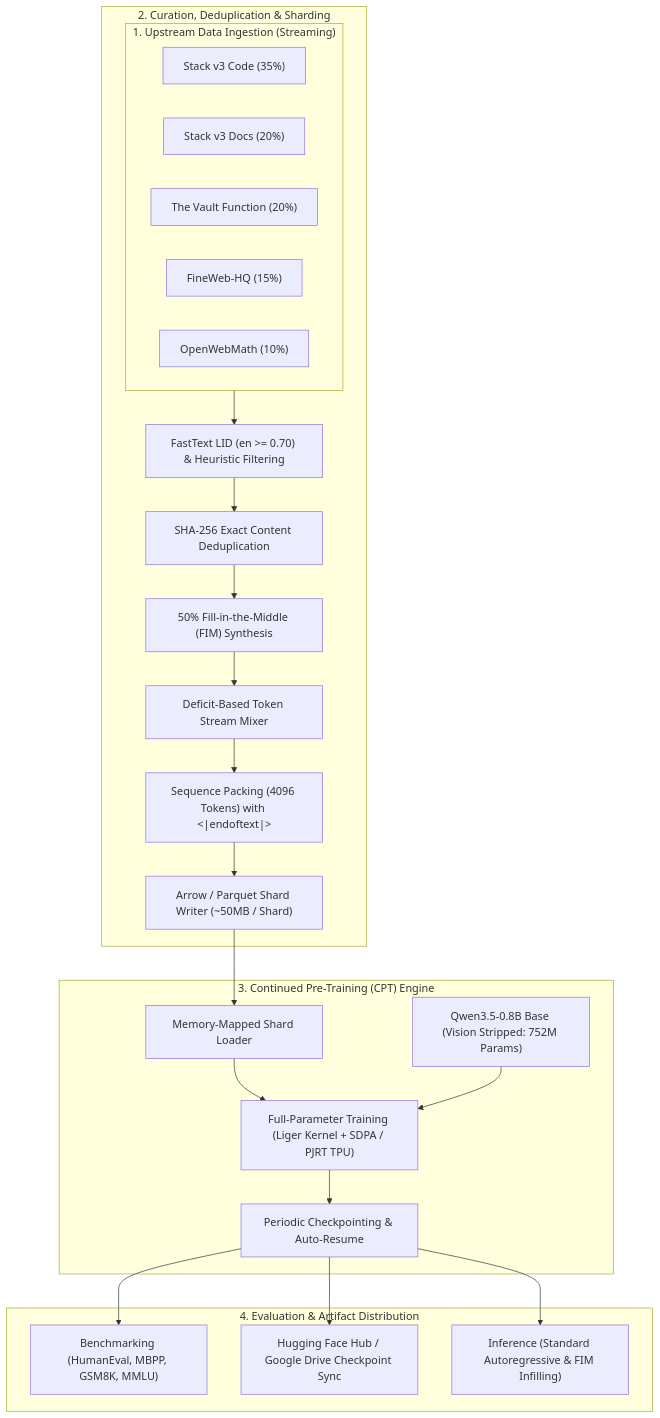
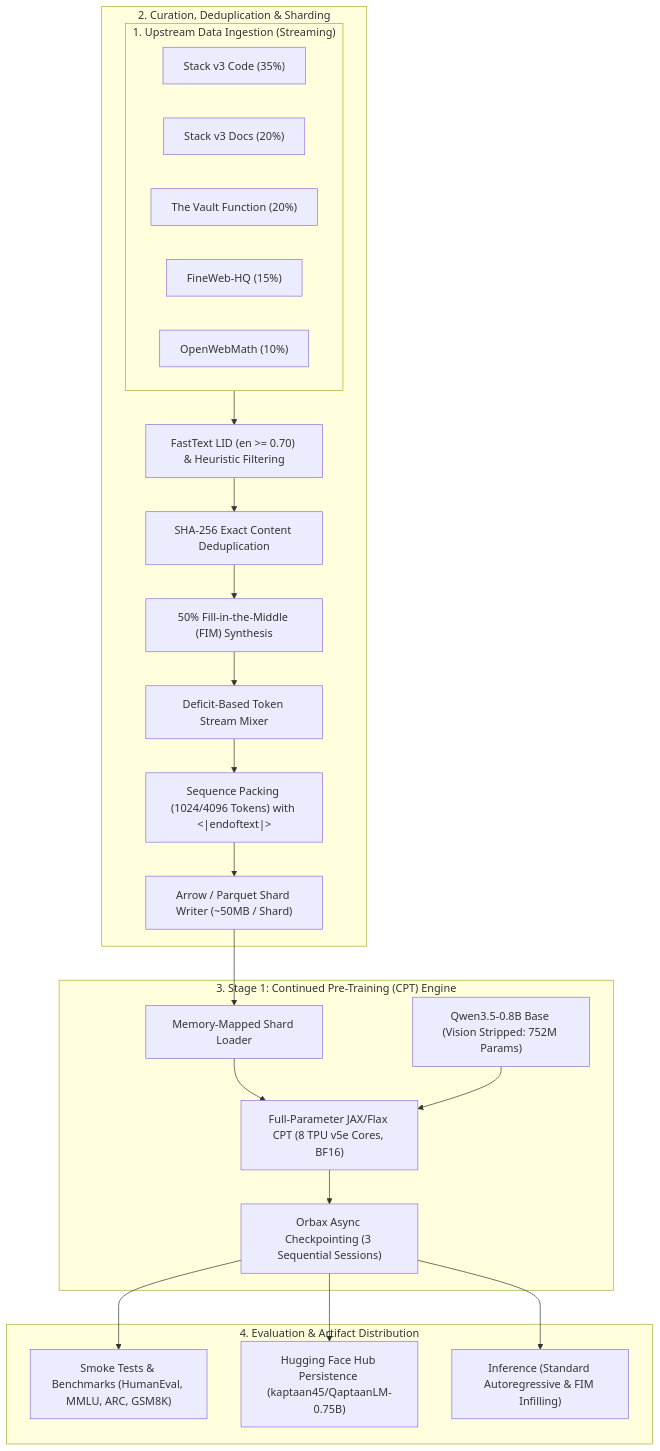
One commit to rudy-07/QaptaanLM-0.75B changed the second of 4 diagrams in README.md. Above: the diagram before and after it, drawn with Mermaid. The commit also changed other lines of this file and 24 other files, not shown here.

Commit message:
docs: add training & inference analysis, diagnostic post-mortem, and clean benchmarks to README

````diff
--- a/README.md
+++ b/README.md
@@ -93,42 +102,42 @@
 ```mermaid
 flowchart TD
     subgraph DataSources["1. Upstream Data Ingestion (Streaming)"]
         S1["Stack v3 Code (35%)"]
         S2["Stack v3 Docs (20%)"]
         S3["The Vault Function (20%)"]
         S4["FineWeb-HQ (15%)"]
         S5["OpenWebMath (10%)"]
     end
 
     subgraph DataEngine["2. Curation, Deduplication & Sharding"]
         F1["FastText LID (en >= 0.70) & Heuristic Filtering"]
         D1["SHA-256 Exact Content Deduplication"]
         FIM["50% Fill-in-the-Middle (FIM) Synthesis"]
         MIX["Deficit-Based Token Stream Mixer"]
-        PACK["Sequence Packing (4096 Tokens) with <|endoftext|>"]
+        PACK["Sequence Packing (1024/4096 Tokens) with <|endoftext|>"]
         SHARD["Arrow / Parquet Shard Writer (~50MB / Shard)"]
         
         DataSources --> F1 --> D1 --> FIM --> MIX --> PACK --> SHARD
     end
 
-    subgraph TrainingEngine["3. Continued Pre-Training (CPT) Engine"]
+    subgraph TrainingEngine["3. Stage 1: Continued Pre-Training (CPT) Engine"]
         MEM["Memory-Mapped Shard Loader"]
         MODEL["Qwen3.5-0.8B Base (Vision Stripped: 752M Params)"]
-        OPT["Full-Parameter Training (Liger Kernel + SDPA / PJRT TPU)"]
-        CKPT["Periodic Checkpointing & Auto-Resume"]
+        OPT["Full-Parameter JAX/Flax CPT (8 TPU v5e Cores, BF16)"]
+        CKPT["Orbax Async Checkpointing (3 Sequential Sessions)"]
         
         SHARD --> MEM --> OPT
         MODEL --> OPT
         OPT --> CKPT
     end
 
     subgraph Deployment["4. Evaluation & Artifact Distribution"]
-        EVAL["Benchmarking (HumanEval, MBPP, GSM8K, MMLU)"]
-        HUB["Hugging Face Hub / Google Drive Checkpoint Sync"]
+        EVAL["Smoke Tests & Benchmarks (HumanEval, MMLU, ARC, GSM8K)"]
+        HUB["Hugging Face Hub Persistence (kaptaan45/QaptaanLM-0.75B)"]
         INF["Inference (Standard Autoregressive & FIM Infilling)"]
         
         CKPT --> EVAL
         CKPT --> HUB
         CKPT --> INF
     end
 ```
````
